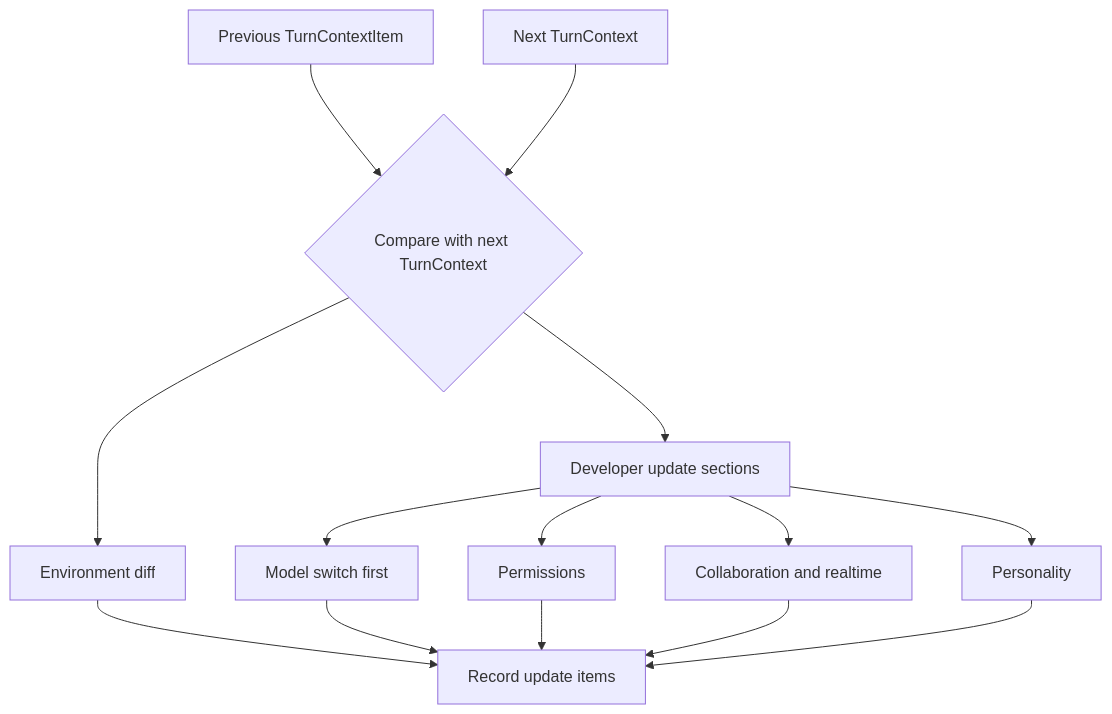
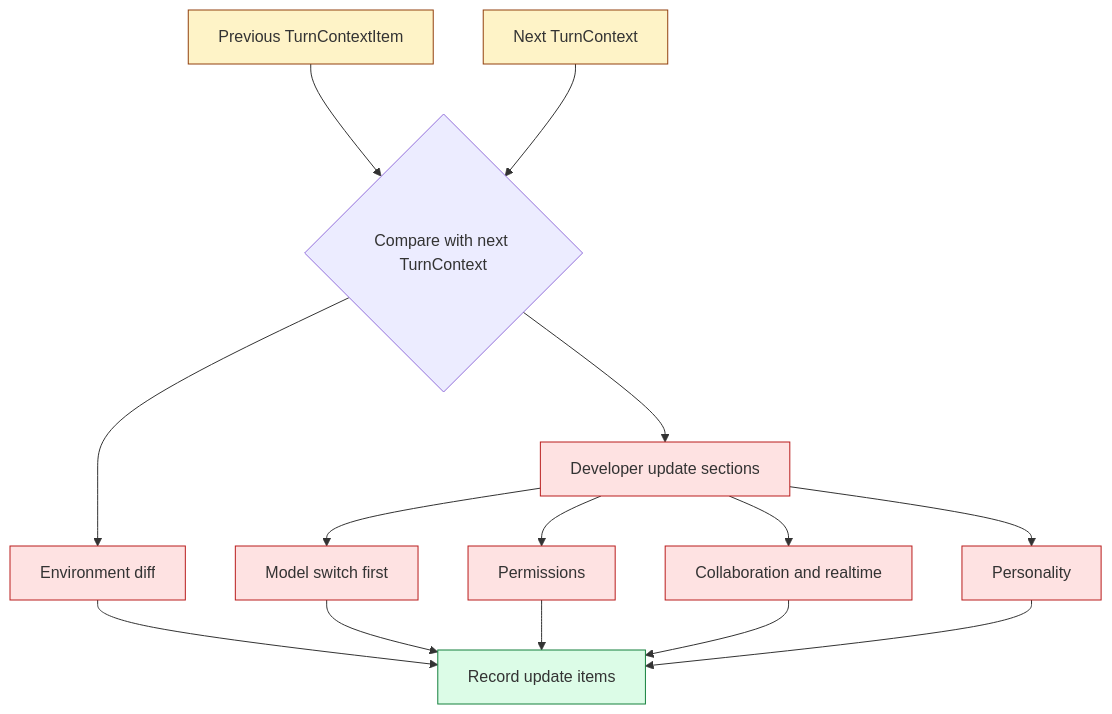
One commit to WineChord/books changed the second of 2 diagrams in docs/codex-context-management/chapter-04.md. Above: the diagram before and after it, drawn with Mermaid. The commit also changed other lines of this file and 21 other files, not shown here.

````diff
--- a/docs/codex-context-management/chapter-04.md
+++ b/docs/codex-context-management/chapter-04.md
@@ -75,16 +134,22 @@
 ```mermaid
 flowchart TD
   A[Previous TurnContextItem] --> C{Compare with next TurnContext}
   B[Next TurnContext] --> C
   C --> D[Environment diff]
   C --> E[Developer update sections]
   E --> F[Model switch first]
   E --> G[Permissions]
   E --> H[Collaboration and realtime]
   E --> I[Personality]
   D --> J[Record update items]
   F --> J
   G --> J
   H --> J
   I --> J
+  classDef start fill:#fef3c7,stroke:#92400e;
+  classDef diff fill:#fee2e2,stroke:#b91c1c;
+  classDef record fill:#dcfce7,stroke:#15803d;
+  class A,B start;
+  class D,E,F,G,H,I diff;
+  class J record;
 ```
````
